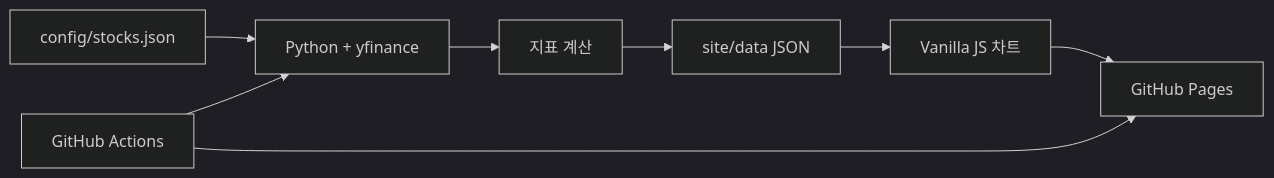
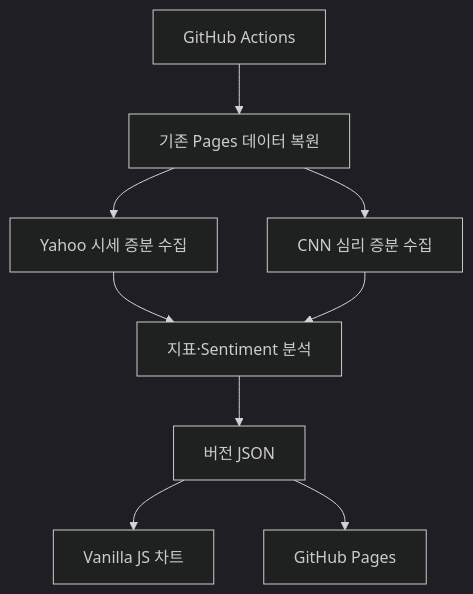
One commit to pandaland1/stock-chart-dashboard changed the diagram in README.md. Above: the diagram before and after it, drawn with Mermaid (dark theme). The commit also changed other lines of this file and 27 other files, not shown here.

````diff
--- a/README.md
+++ b/README.md
@@ -33,10 +39,11 @@
 ```mermaid
-flowchart LR
-    A[config/stocks.json] --> B[Python + yfinance]
-    B --> C[지표 계산]
-    C --> D[site/data JSON]
-    D --> E[Vanilla JS 차트]
-    F[GitHub Actions] --> B
-    F --> G[GitHub Pages]
-    E --> G
+flowchart TD
+    A[GitHub Actions] --> B[기존 Pages 데이터 복원]
+    B --> C[Yahoo 시세 증분 수집]
+    B --> D[CNN 심리 증분 수집]
+    C --> E[지표·Sentiment 분석]
+    D --> E
+    E --> F[버전 JSON]
+    F --> G[Vanilla JS 차트]
+    F --> H[GitHub Pages]
 ```
````
